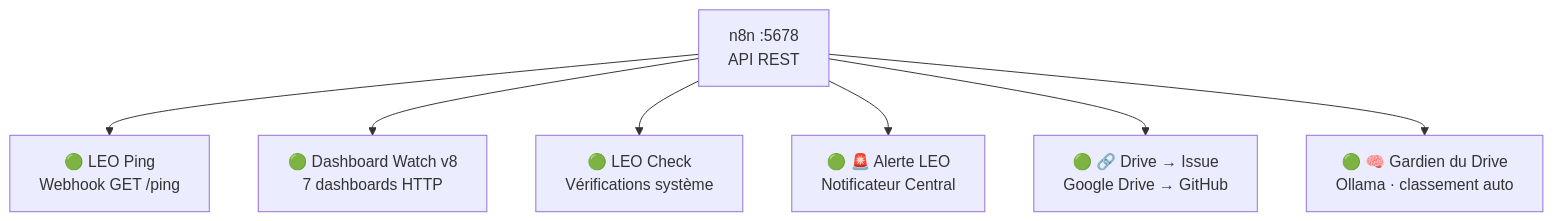
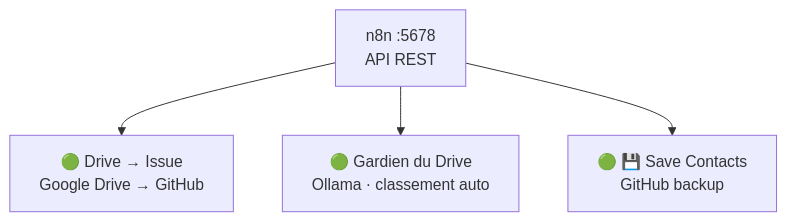
Before and after one commit to christophedanhier-hash/hermes-wiki: the diagram in docs/hermes/services/n8n.md, drawn with Mermaid. The commit also changed other lines of this file, not shown here.

````diff
--- a/docs/hermes/services/n8n.md
+++ b/docs/hermes/services/n8n.md
@@ -13,9 +13,6 @@
 ```mermaid
 graph TD
-    N8N["n8n :5678<br/>API REST"] --> PING["🟢 LEO Ping<br/>Webhook GET /ping"]
-    N8N --> DASH["🟢 Dashboard Watch v8<br/>7 dashboards HTTP"]
-    N8N --> CHECK["🟢 LEO Check<br/>Vérifications système"]
-    N8N --> ALERT["🟢 🚨 Alerte LEO<br/>Notificateur Central"]
-    N8N --> DRIVE["🟢 🔗 Drive → Issue<br/>Google Drive → GitHub"]
-    N8N --> GARDIEN["🟢 🧠 Gardien du Drive<br/>Ollama · classement auto"]
+    N8N["n8n :5678<br/>API REST"] --> DRIVE["🟢 Drive → Issue<br/>Google Drive → GitHub"]
+    N8N --> GARDIEN["🟢 Gardien du Drive<br/>Ollama · classement auto"]
+    N8N --> SAVE["🟢 💾 Save Contacts<br/>GitHub backup"]
 ```
````
